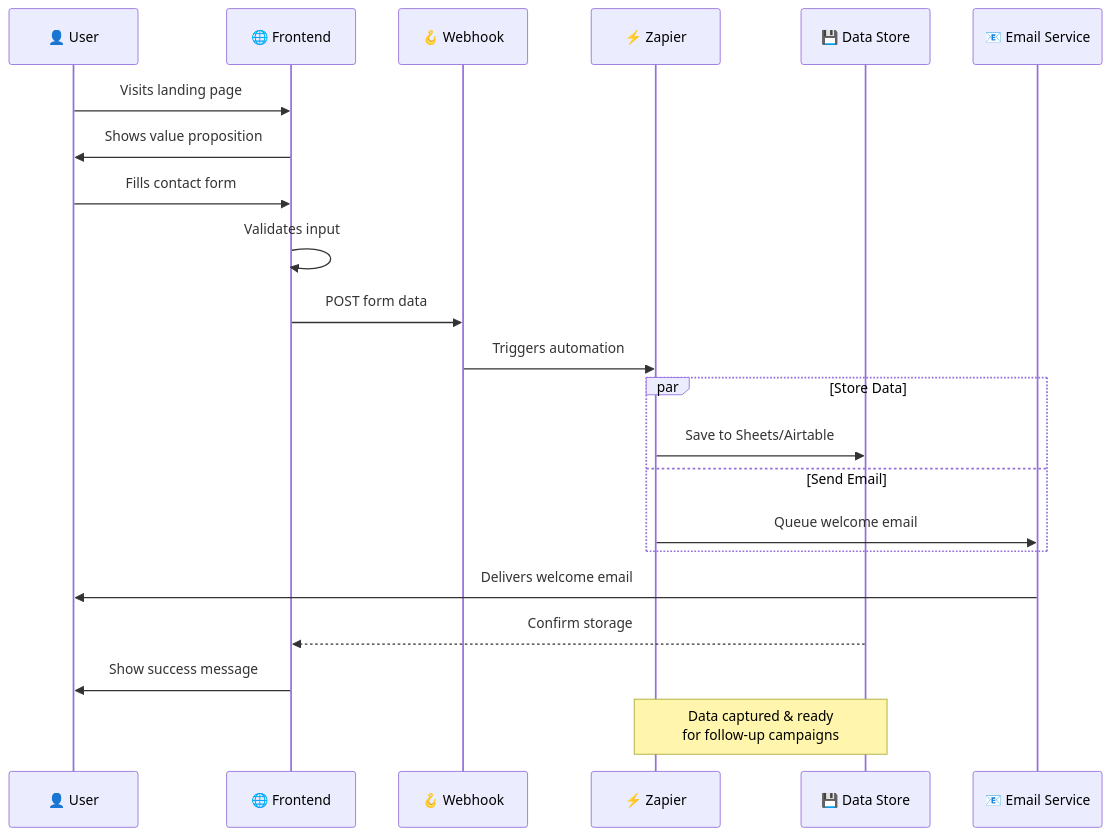
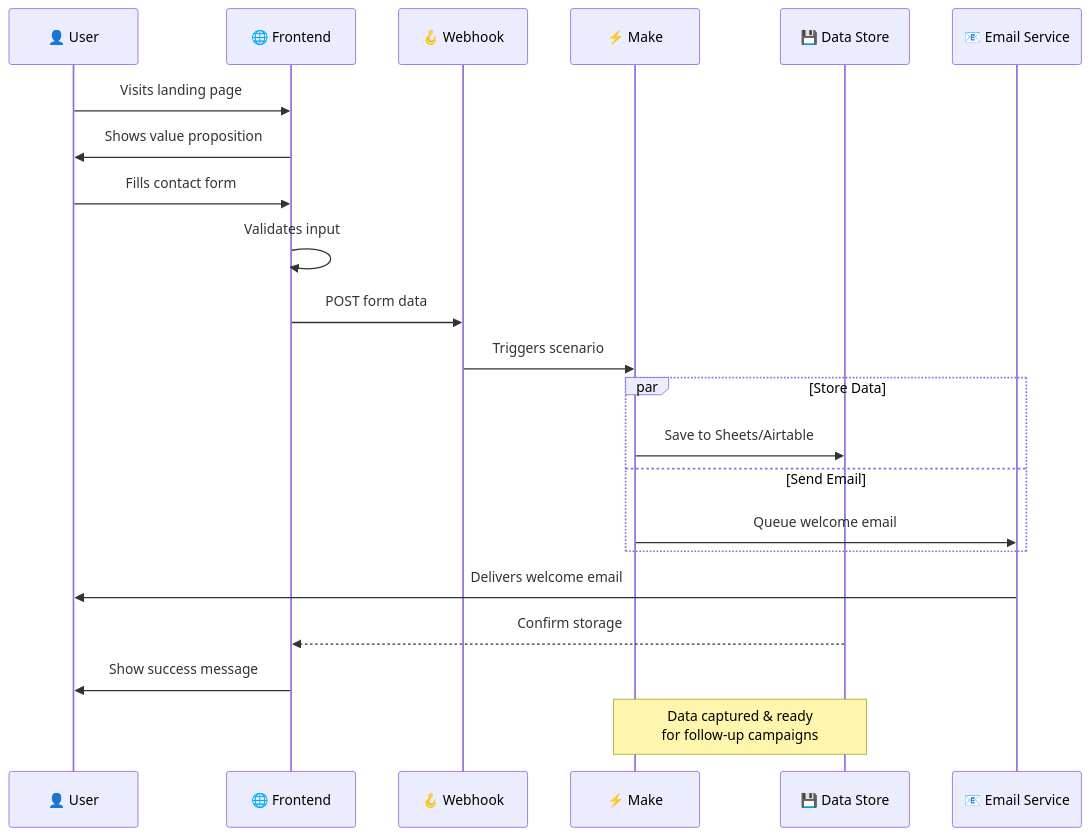
The fourth of 11 diagrams in steps/2-sketch.md (Flying-Pig-Labs/idea-to-app-workshop), drawn with Mermaid before and after one commit. The commit also changed other lines of this file and 3 other files, not shown here.

````diff
--- a/steps/2-sketch.md
+++ b/steps/2-sketch.md
@@ -286,28 +286,28 @@
 ```mermaid
 sequenceDiagram
     participant U as 👤 User
     participant F as 🌐 Frontend
     participant W as 🪝 Webhook
-    participant Z as ⚡ Zapier
+    participant Z as ⚡ Make
     participant D as 💾 Data Store
     participant E as 📧 Email Service
     
     U->>F: Visits landing page
     F->>U: Shows value proposition
     U->>F: Fills contact form
     F->>F: Validates input
     F->>W: POST form data
-    W->>Z: Triggers automation
+    W->>Z: Triggers scenario
     
     par Store Data
         Z->>D: Save to Sheets/Airtable
     and Send Email
         Z->>E: Queue welcome email
     end
     
     E->>U: Delivers welcome email
     D-->>F: Confirm storage
     F->>U: Show success message
     
     Note over Z,D: Data captured & ready<br/>for follow-up campaigns
 ```
````
